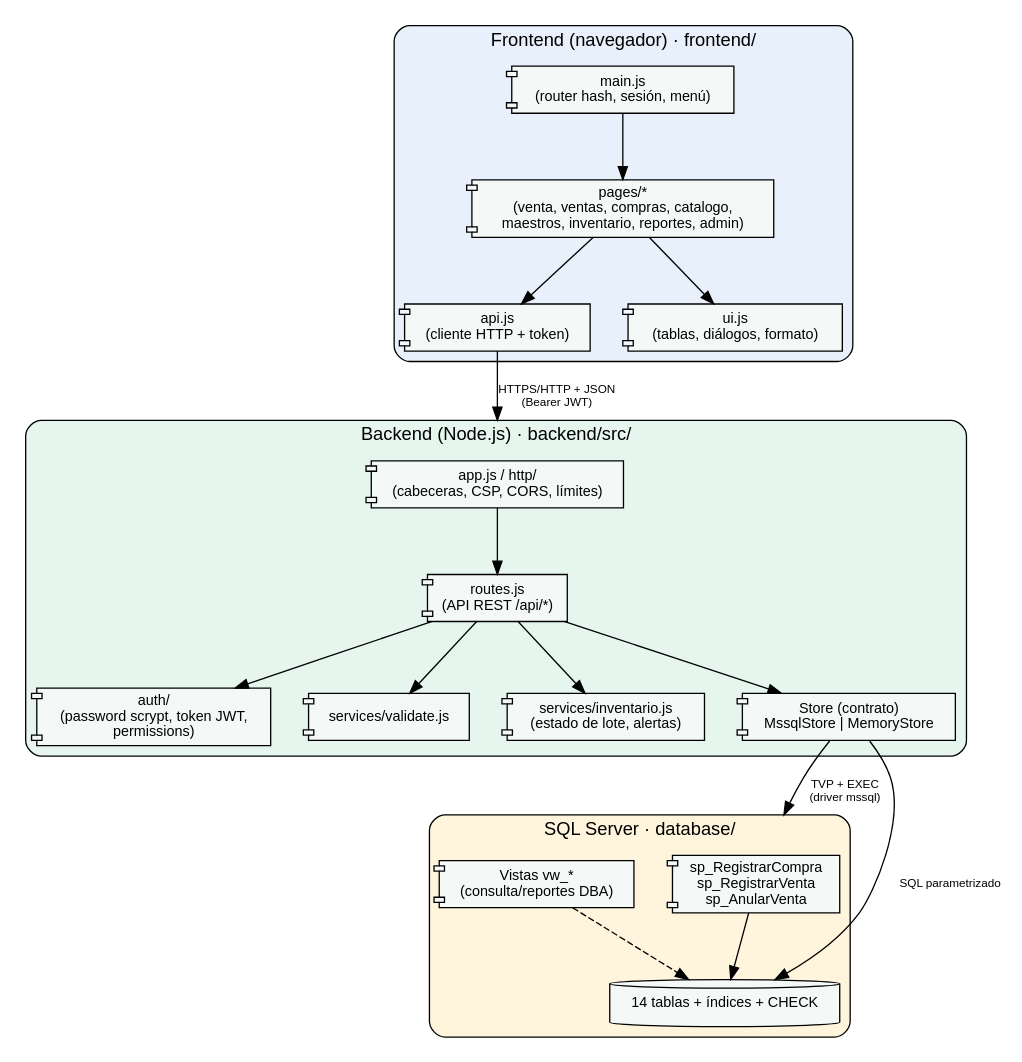
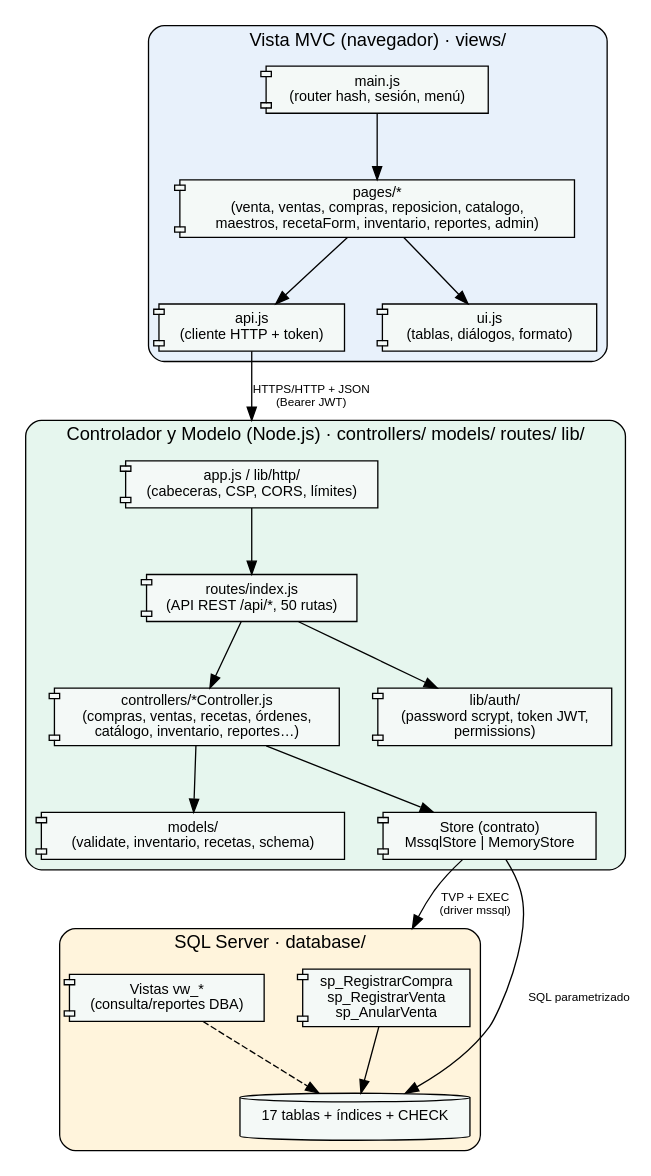
One commit to angelonavarroxd23-lab/Farma-Control changed the diagram in docs/diagramas/src/componentes.dot. Above: the diagram before and after it, drawn with Graphviz. The commit also changed 24 other files, not shown here.

First line of the commit message:
Diagramas actualizados a v2.1: 17 tablas/28 FK, MVC, receta en caja, lote/proveedor en compra, reposicion, estados de orden

```diff
--- a/docs/diagramas/src/componentes.dot
+++ b/docs/diagramas/src/componentes.dot
@@ -1,11 +1,11 @@
 digraph C { rankdir=TB; bgcolor=white; compound=true; nodesep=0.4; ranksep=0.7;
 node [shape=component, style=filled, fillcolor="#F4F9F7", fontname=Helvetica, fontsize=11]; edge [fontname=Helvetica, fontsize=9];
-subgraph cluster_f { label="Frontend (navegador) · frontend/"; style="rounded,filled"; fillcolor="#E8F1FB"; fontname=Helvetica;
- main [label="main.js\n(router hash, sesión, menú)"]; pages [label="pages/*\n(venta, ventas, compras, catalogo,\nmaestros, inventario, reportes, admin)"]; api [label="api.js\n(cliente HTTP + token)"]; ui [label="ui.js\n(tablas, diálogos, formato)"]; }
-subgraph cluster_b { label="Backend (Node.js) · backend/src/"; style="rounded,filled"; fillcolor="#E6F6EE"; fontname=Helvetica;
- app [label="app.js / http/\n(cabeceras, CSP, CORS, límites)"]; routes [label="routes.js\n(API REST /api/*)"]; auth [label="auth/\n(password scrypt, token JWT,\npermissions)"]; val [label="services/validate.js"]; inv [label="services/inventario.js\n(estado de lote, alertas)"]; store [label="Store (contrato)\nMssqlStore | MemoryStore"]; }
+subgraph cluster_f { label="Vista MVC (navegador) · views/"; style="rounded,filled"; fillcolor="#E8F1FB"; fontname=Helvetica;
+ main [label="main.js\n(router hash, sesión, menú)"]; pages [label="pages/*\n(venta, ventas, compras, reposicion, catalogo,\nmaestros, recetaForm, inventario, reportes, admin)"]; api [label="api.js\n(cliente HTTP + token)"]; ui [label="ui.js\n(tablas, diálogos, formato)"]; }
+subgraph cluster_b { label="Controlador y Modelo (Node.js) · controllers/ models/ routes/ lib/"; style="rounded,filled"; fillcolor="#E6F6EE"; fontname=Helvetica;
+ app [label="app.js / lib/http/\n(cabeceras, CSP, CORS, límites)"]; routes [label="routes/index.js\n(API REST /api/*, 50 rutas)"]; ctrl [label="controllers/*Controller.js\n(compras, ventas, recetas, órdenes,\ncatálogo, inventario, reportes…)"]; auth [label="lib/auth/\n(password scrypt, token JWT,\npermissions)"]; mod [label="models/\n(validate, inventario, recetas, schema)"]; store [label="Store (contrato)\nMssqlStore | MemoryStore"]; }
 subgraph cluster_d { label="SQL Server · database/"; style="rounded,filled"; fillcolor="#FFF4DC"; fontname=Helvetica;
- tabs [label="14 tablas + índices + CHECK", shape=cylinder]; sps [label="sp_RegistrarCompra\nsp_RegistrarVenta\nsp_AnularVenta"]; views [label="Vistas vw_*\n(consulta/reportes DBA)"]; }
+ tabs [label="17 tablas + índices + CHECK", shape=cylinder]; sps [label="sp_RegistrarCompra\nsp_RegistrarVenta\nsp_AnularVenta"]; views [label="Vistas vw_*\n(consulta/reportes DBA)"]; }
 main -> pages; pages -> api; pages -> ui; api -> app [label="HTTPS/HTTP + JSON\n(Bearer JWT)", lhead=cluster_b];
-app -> routes; routes -> auth; routes -> val; routes -> inv; routes -> store;
+app -> routes; routes -> auth; routes -> ctrl; ctrl -> mod; ctrl -> store;
 store -> sps [label="TVP + EXEC\n(driver mssql)", lhead=cluster_d]; store -> tabs [label="SQL parametrizado"]; sps -> tabs; views -> tabs [style=dashed]; }
```
